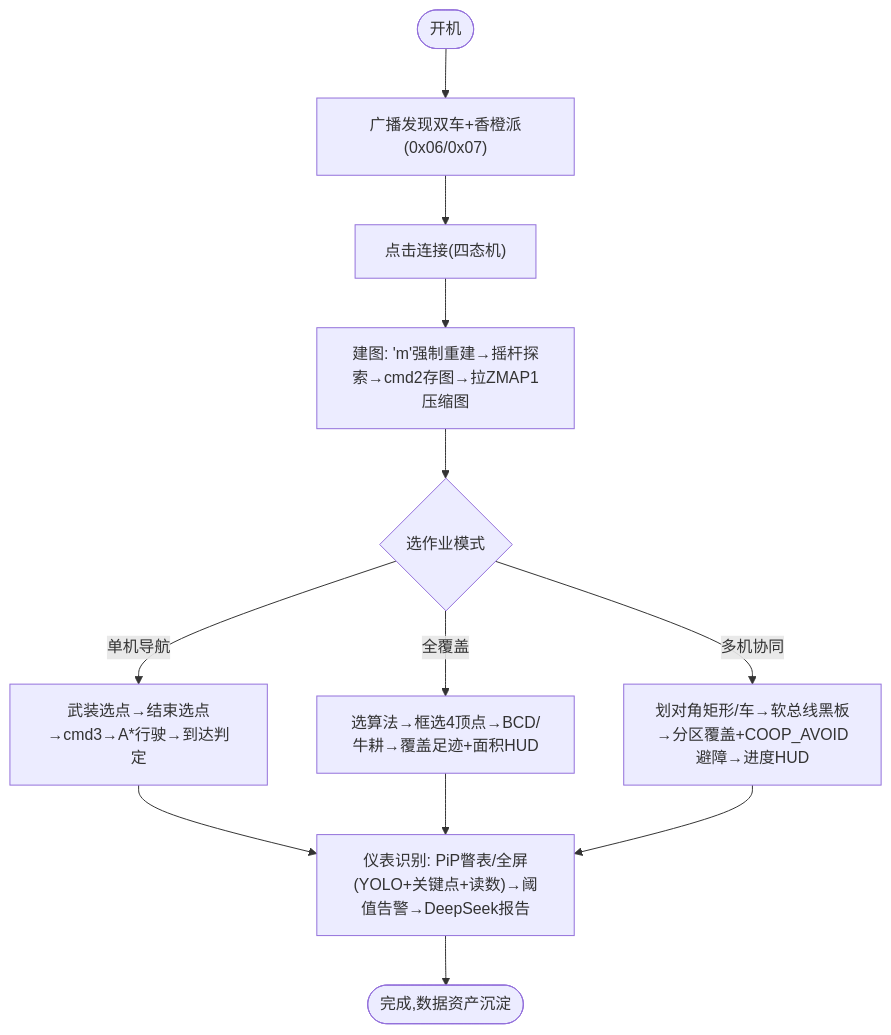
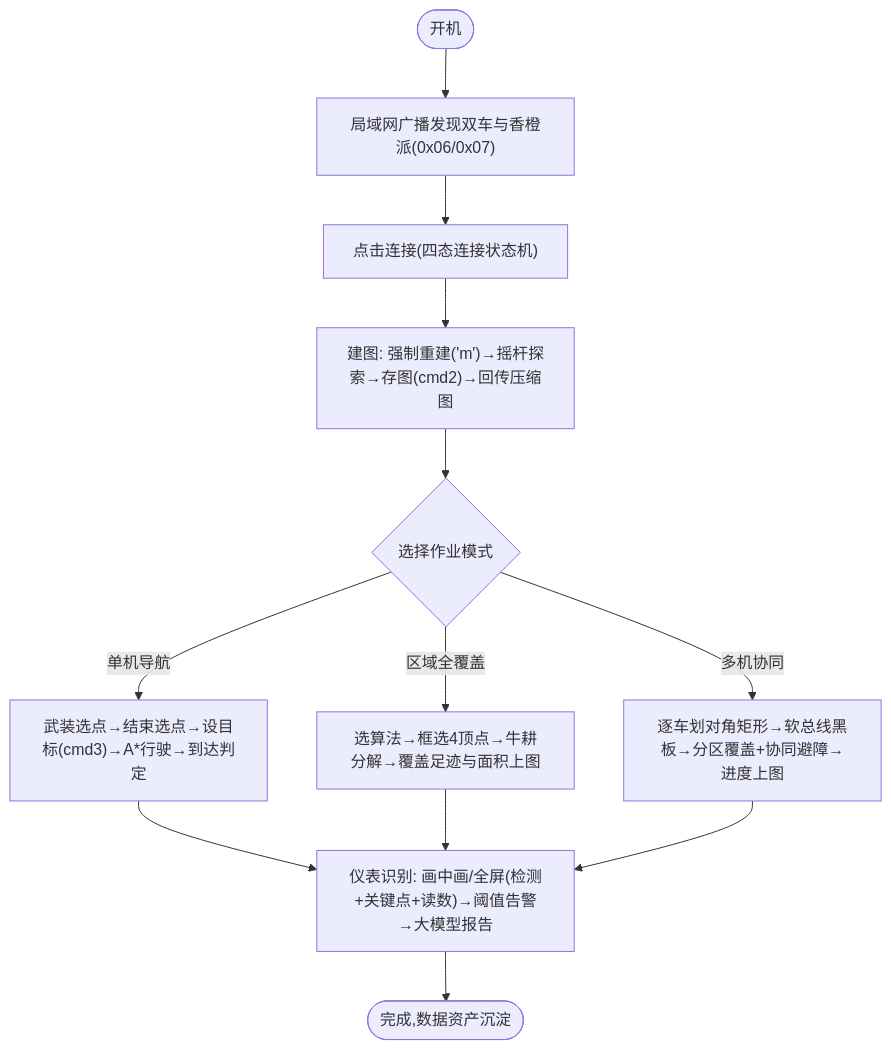
The first of 33 diagrams in 竞赛文档/作品设计文档.md (Drahann/OpenHarmonyCar), drawn with Mermaid before and after one commit. The commit also changed other lines of this file and 37 other files, not shown here.

````diff
--- a/竞赛文档/作品设计文档.md
+++ b/竞赛文档/作品设计文档.md
@@ -93,15 +92,15 @@
 ```mermaid
 flowchart TB
-  START([开机]) --> DISC["广播发现双车+香橙派(0x06/0x07)"]
-  DISC --> CONN["点击连接(四态机)"]
-  CONN --> BUILD["建图: 'm'强制重建→摇杆探索→cmd2存图→拉ZMAP1压缩图"]
-  BUILD --> CHOOSE{"选作业模式"}
-  CHOOSE -->|单机导航| NAV["武装选点→结束选点→cmd3→A*行驶→到达判定"]
-  CHOOSE -->|全覆盖| COV["选算法→框选4顶点→BCD/牛耕→覆盖足迹+面积HUD"]
-  CHOOSE -->|多机协同| MULTI["划对角矩形/车→软总线黑板→分区覆盖+COOP_AVOID避障→进度HUD"]
+  START([开机]) --> DISC["局域网广播发现双车与香橙派(0x06/0x07)"]
+  DISC --> CONN["点击连接(四态连接状态机)"]
+  CONN --> BUILD["建图: 强制重建('m')→摇杆探索→存图(cmd2)→回传压缩图"]
+  BUILD --> CHOOSE{"选择作业模式"}
+  CHOOSE -->|单机导航| NAV["武装选点→结束选点→设目标(cmd3)→A*行驶→到达判定"]
+  CHOOSE -->|区域全覆盖| COV["选算法→框选4顶点→牛耕分解→覆盖足迹与面积上图"]
+  CHOOSE -->|多机协同| MULTI["逐车划对角矩形→软总线黑板→分区覆盖+协同避障→进度上图"]
   NAV --> VIS
   COV --> VIS
   MULTI --> VIS
-  VIS["仪表识别: PiP瞥表/全屏(YOLO+关键点+读数)→阈值告警→DeepSeek报告"]
+  VIS["仪表识别: 画中画/全屏(检测+关键点+读数)→阈值告警→大模型报告"]
   VIS --> END([完成,数据资产沉淀])
 ```
````
